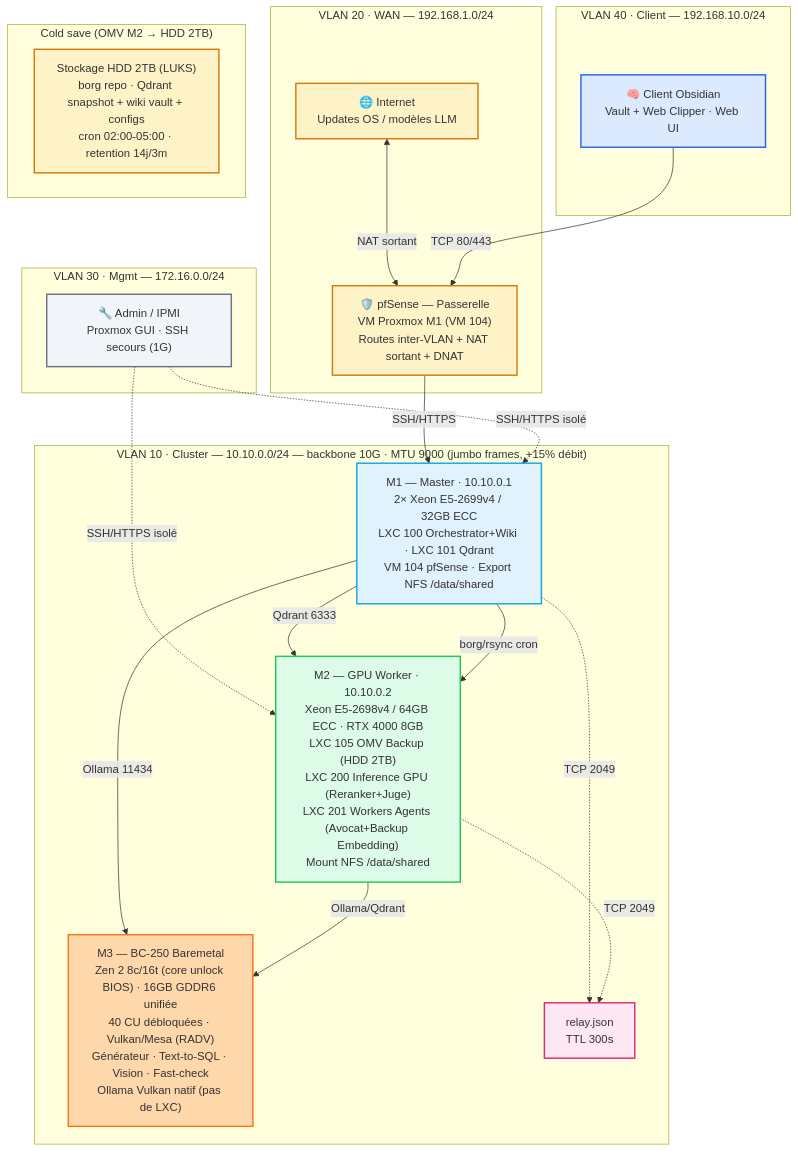
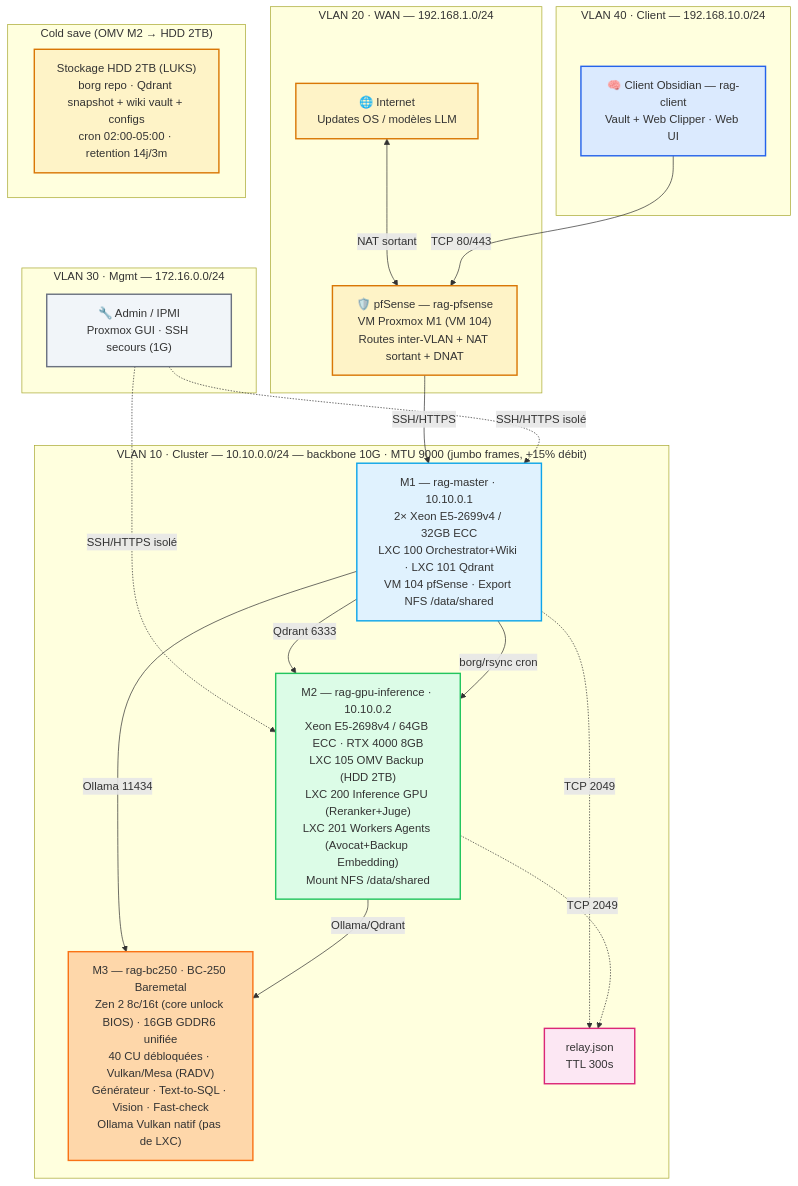
Before and after one commit to chelmooz/rag-multi-agent-cluster: the diagram in docs/diagrams/05-network-topology.md, drawn with Mermaid. The commit also changed 1 other file, not shown here.

Commit message:
docs: Sync Mermaid diagrams with hostname/credentials spec

````diff
--- a/docs/diagrams/05-network-topology.md
+++ b/docs/diagrams/05-network-topology.md
@@ -1,47 +1,47 @@
 ```mermaid
 flowchart TB
     classDef wan fill:#fef3c7,stroke:#d97706,stroke-width:2px
     classDef client fill:#dbeafe,stroke:#2563eb,stroke-width:2px
     classDef mgmt fill:#f1f5f9,stroke:#6b7280,stroke-width:2px
     classDef m1 fill:#e0f2fe,stroke:#0ea5e9,stroke-width:2px
     classDef m2 fill:#dcfce7,stroke:#22c55e,stroke-width:2px
     classDef m3 fill:#fed7aa,stroke:#f97316,stroke-width:2px
     classDef relay fill:#fce7f3,stroke:#db2777,stroke-width:2px
     classDef cold fill:#fef3c7,stroke:#d97706,stroke-width:2px
 
     subgraph VLAN20["VLAN 20 · WAN — 192.168.1.0/24"]
         Internet["🌐 Internet<br/>Updates OS / modèles LLM"]:::wan
-        pfSense["🛡️ pfSense — Passerelle<br/>VM Proxmox M1 (VM 104)<br/>Routes inter-VLAN + NAT sortant + DNAT"]:::wan
+        pfSense["🛡️ pfSense — rag-pfsense<br/>VM Proxmox M1 (VM 104)<br/>Routes inter-VLAN + NAT sortant + DNAT"]:::wan
     end
 
     subgraph VLAN40["VLAN 40 · Client — 192.168.10.0/24"]
-        Obsidian["🧠 Client Obsidian<br/>Vault + Web Clipper · Web UI"]:::client
+        Obsidian["🧠 Client Obsidian — rag-client<br/>Vault + Web Clipper · Web UI"]:::client
     end
 
     subgraph VLAN30["VLAN 30 · Mgmt — 172.16.0.0/24"]
         Admin["🔧 Admin / IPMI<br/>Proxmox GUI · SSH secours (1G)"]:::mgmt
     end
 
     subgraph VLAN10["VLAN 10 · Cluster — 10.10.0.0/24 — backbone 10G · MTU 9000 (jumbo frames, +15% débit)"]
-        M1["M1 — Master · 10.10.0.1<br/>2× Xeon E5-2699v4 / 32GB ECC<br/>LXC 100 Orchestrator+Wiki · LXC 101 Qdrant<br/>VM 104 pfSense · Export NFS /data/shared"]:::m1
-        M2["M2 — GPU Worker · 10.10.0.2<br/>Xeon E5-2698v4 / 64GB ECC · RTX 4000 8GB<br/>LXC 105 OMV Backup (HDD 2TB)<br/>LXC 200 Inference GPU (Reranker+Juge)<br/>LXC 201 Workers Agents (Avocat+Backup Embedding)<br/>Mount NFS /data/shared"]:::m2
-        M3["M3 — BC-250 Baremetal<br/>Zen 2 8c/16t (core unlock BIOS) · 16GB GDDR6 unifiée<br/>40 CU débloquées · Vulkan/Mesa (RADV)<br/>Générateur · Text-to-SQL · Vision · Fast-check<br/>Ollama Vulkan natif (pas de LXC)"]:::m3
+        M1["M1 — rag-master · 10.10.0.1<br/>2× Xeon E5-2699v4 / 32GB ECC<br/>LXC 100 Orchestrator+Wiki · LXC 101 Qdrant<br/>VM 104 pfSense · Export NFS /data/shared"]:::m1
+        M2["M2 — rag-gpu-inference · 10.10.0.2<br/>Xeon E5-2698v4 / 64GB ECC · RTX 4000 8GB<br/>LXC 105 OMV Backup (HDD 2TB)<br/>LXC 200 Inference GPU (Reranker+Juge)<br/>LXC 201 Workers Agents (Avocat+Backup Embedding)<br/>Mount NFS /data/shared"]:::m2
+        M3["M3 — rag-bc250 · BC-250 Baremetal<br/>Zen 2 8c/16t (core unlock BIOS) · 16GB GDDR6 unifiée<br/>40 CU débloquées · Vulkan/Mesa (RADV)<br/>Générateur · Text-to-SQL · Vision · Fast-check<br/>Ollama Vulkan natif (pas de LXC)"]:::m3
         Relay["relay.json<br/>TTL 300s"]:::relay
     end
 
     subgraph COLDBOX["Cold save (OMV M2 → HDD 2TB)"]
         HDD["Stockage HDD 2TB (LUKS)<br/>borg repo · Qdrant snapshot + wiki vault + configs<br/>cron 02:00-05:00 · retention 14j/3m"]:::cold
     end
 
     Internet <--> |NAT sortant| pfSense
     Obsidian -->|TCP 80/443| pfSense
     pfSense -->|SSH/HTTPS| M1
     Admin -.->|SSH/HTTPS isolé| M1
     Admin -.->|SSH/HTTPS isolé| M2
     M1 -->|Qdrant 6333| M2
     M1 -->|Ollama 11434| M3
     M2 -->|Ollama/Qdrant| M3
     M1 -.->|TCP 2049| Relay
     M2 -.->|TCP 2049| Relay
     M1 -->|borg/rsync cron| M2
 ```
````
